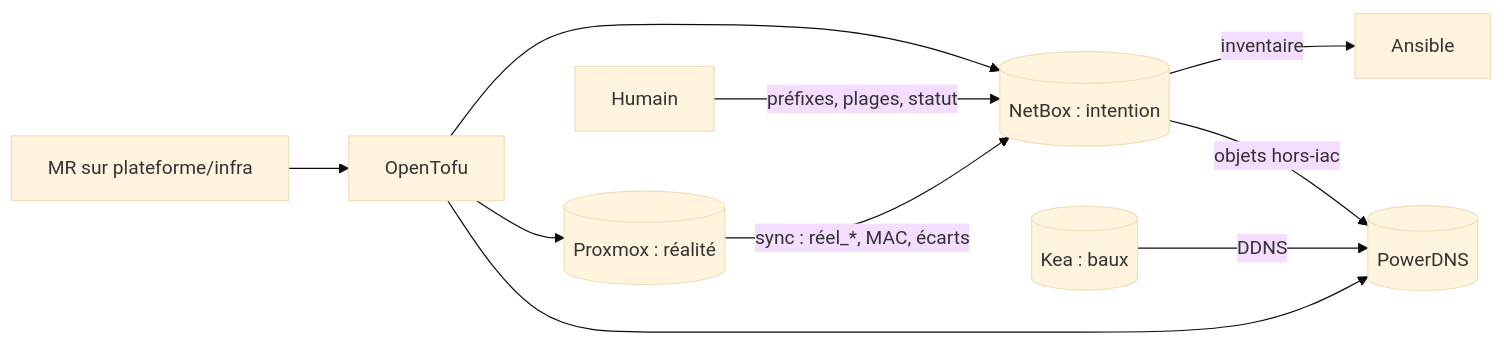
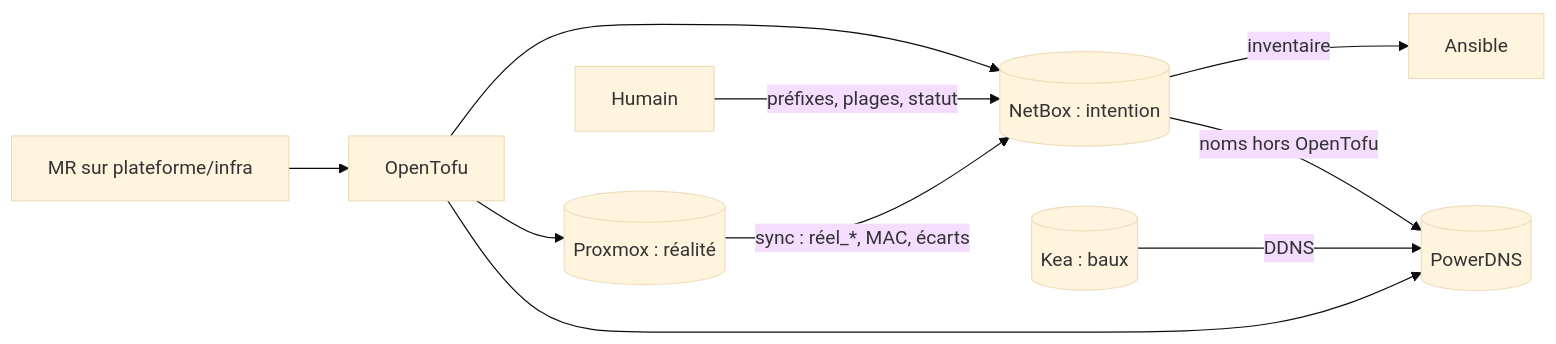
One commit to cemah2/DevOpsPrivateCloud changed the diagram in modules/06-services-socle/corrige/fichiers/M06-E31/ADR-0060-flux-autorite-source-de-verite.md. Above: the diagram before and after it, drawn with Mermaid (base theme). The commit also changed other lines of this file and 104 other files, not shown here.

````diff
--- a/modules/06-services-socle/corrige/fichiers/M06-E31/ADR-0060-flux-autorite-source-de-verite.md
+++ b/modules/06-services-socle/corrige/fichiers/M06-E31/ADR-0060-flux-autorite-source-de-verite.md
@@ -43,12 +44,12 @@
 ```mermaid
 flowchart LR
   MR[MR sur plateforme/infra] --> TF[OpenTofu]
   TF --> NB[(NetBox : intention)]
   TF --> PVE[(Proxmox : réalité)]
   TF --> PDNS[(PowerDNS)]
   PVE -- "sync : réel_*, MAC, écarts" --> NB
   NB -- "inventaire" --> ANS[Ansible]
-  NB -- "objets hors-iac" --> PDNS
+  NB -- "noms hors OpenTofu" --> PDNS
   KEA[(Kea : baux)] -- DDNS --> PDNS
   HUM[Humain] -- "préfixes, plages, statut" --> NB
 ```
````
